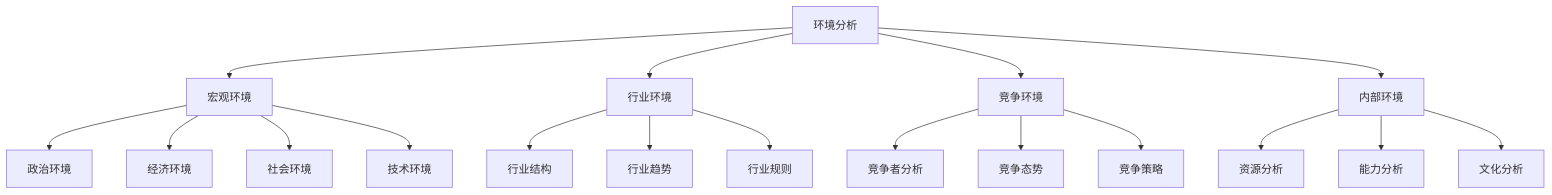
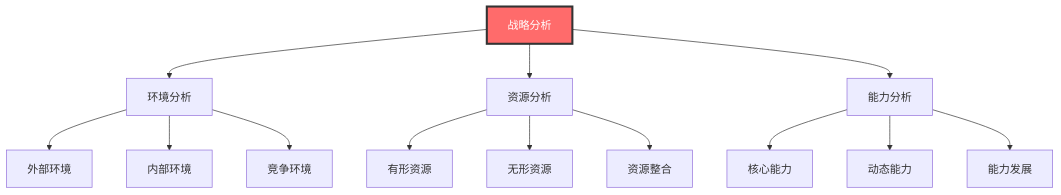
The seventh of 8 diagrams in 企业领导力/03-能力构建层/核心领导能力/01-战略思维.md (Anping2017/obsidian), drawn with Mermaid before and after one commit. The commit also changed other lines of this file and 28 other files, not shown here.

````diff
--- a/企业领导力/03-能力构建层/核心领导能力/01-战略思维.md
+++ b/企业领导力/03-能力构建层/核心领导能力/01-战略思维.md
@@ -230,24 +238,20 @@
 ```mermaid
 graph TD
-    A[环境分析] --> B[宏观环境]
-    A --> C[行业环境]
-    A --> D[竞争环境]
-    A --> E[内部环境]
+    A[战略分析] --> B[环境分析]
+    A --> C[资源分析]
+    A --> D[能力分析]
     
-    B --> B1[政治环境]
-    B --> B2[经济环境]
-    B --> B3[社会环境]
-    B --> B4[技术环境]
+    B --> B1[外部环境]
+    B --> B2[内部环境]
+    B --> B3[竞争环境]
     
-    C --> C1[行业结构]
-    C --> C2[行业趋势]
-    C --> C3[行业规则]
+    C --> C1[有形资源]
+    C --> C2[无形资源]
+    C --> C3[资源整合]
     
-    D --> D1[竞争者分析]
-    D --> D2[竞争态势]
-    D --> D3[竞争策略]
+    D --> D1[核心能力]
+    D --> D2[动态能力]
+    D --> D3[能力发展]
     
-    E --> E1[资源分析]
-    E --> E2[能力分析]
-    E --> E3[文化分析]
+    style A fill:#ff6b6b,stroke:#333,stroke-width:3px,color:#fff
 ```
````
